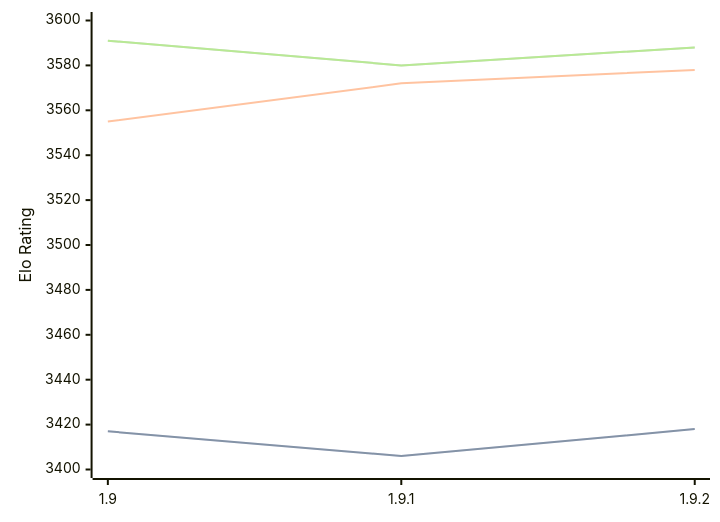
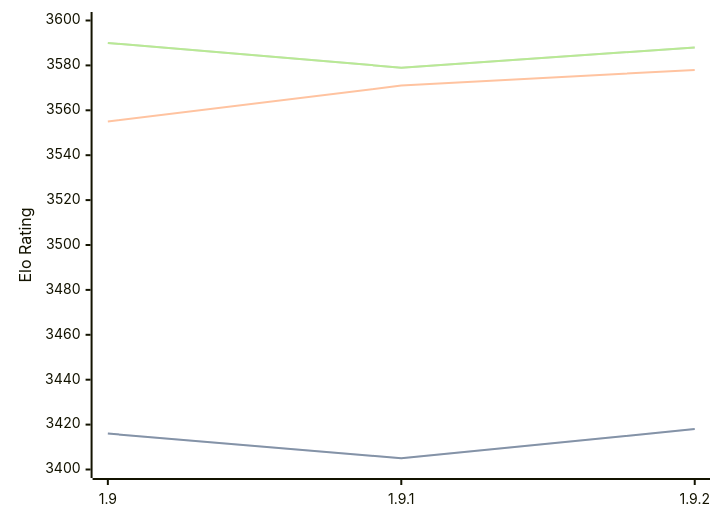
The diagram in engines/Pawnocchio.md (computer-chess-index/cci), drawn with Mermaid before and after one commit. The commit also changed other lines of this file, not shown here.

Commit message:
Update CCI Ratings (ELO VLTC) - 2026-03-07

````diff
--- a/engines/Pawnocchio.md
+++ b/engines/Pawnocchio.md
@@ -46,11 +46,11 @@
 ```mermaid
 %%{init: {"theme":"base","themeVariables":{"seriesColors:['#a3a3a3','#222221','#faa371']}}}%%
 xychart-beta
   x-axis ["1.9", "1.9.1", "1.9.2"]
   y-axis "Elo Rating" 3400 --> 3600
-  line "STC (8.0+0.08s)" [3417, 3406, 3418]
-  line "STC (8.0+0.08s)" [3417, 3406, 3418]
-  line "LTC (60.0+0.60s)" [3555, 3572, 3578]
-  line "VLTC (2m24s+1.12s)" [3591, 3580, 3588]
-  line "VLTC (2m24s+1.12s)" [3591, 3580, 3588]
+  line "STC (8.0+0.08s)" [3416, 3405, 3418]
+  line "STC (8.0+0.08s)" [3416, 3405, 3418]
+  line "LTC (60.0+0.60s)" [3555, 3571, 3578]
+  line "VLTC (2m24s+1.12s)" [3590, 3579, 3588]
+  line "VLTC (2m24s+1.12s)" [3590, 3579, 3588]
 ```
````
